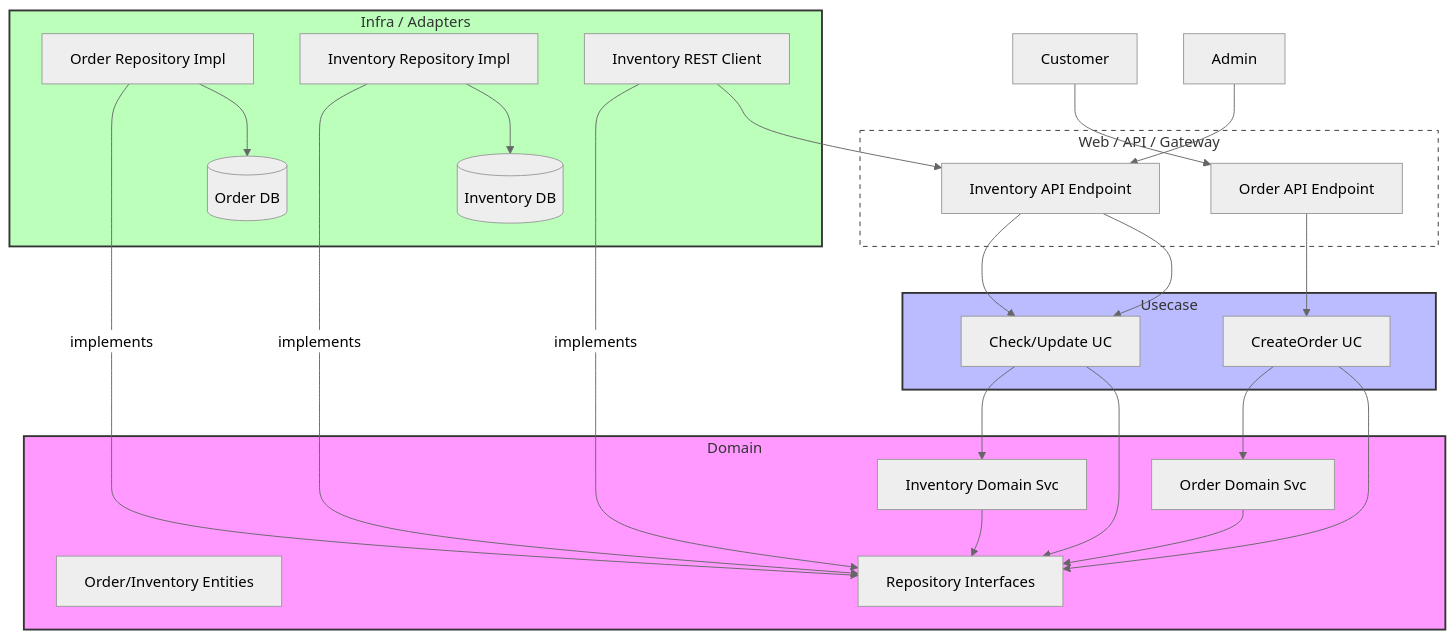
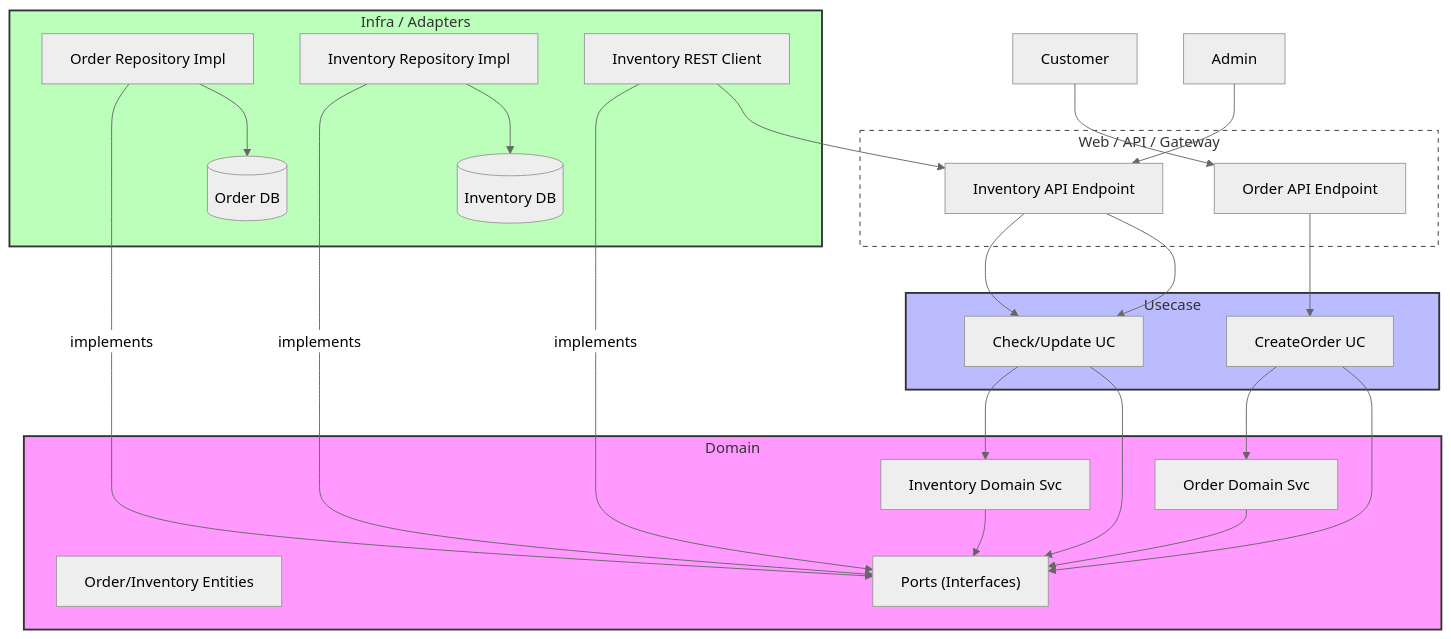
Before and after one commit to sandy2008/workshop: the diagram in software/advent-of-calm-2025/docs/README_ja.md, drawn with Mermaid (neutral theme). The commit also changed other lines of this file and 4 other files, not shown here.

````diff
--- a/software/advent-of-calm-2025/docs/README_ja.md
+++ b/software/advent-of-calm-2025/docs/README_ja.md
@@ -33,68 +33,68 @@
 ```mermaid
 graph TD
     %% 外部要素 (Frameworks & Drivers / External)
     Customer[Customer]
     Admin[Admin]
-    
+
     subgraph Gateway [Web / API / Gateway]
         OrderAPI[Order API Endpoint]
         InvAPI[Inventory API Endpoint]
     end
 
     subgraph UsecaseLayer [Usecase]
         OrderUC[CreateOrder UC]
         InvUC[Check/Update UC]
     end
 
     subgraph DomainLayer [Domain]
         Entities[Order/Inventory Entities]
-        RepoInt[Repository Interfaces]
+        Ports["Ports (Interfaces)"]
         OrderDS[Order Domain Svc]
         InvDS[Inventory Domain Svc]
     end
 
     subgraph InfraLayer [Infra / Adapters]
         OrderRepoImpl[Order Repository Impl]
         InvRepoImpl[Inventory Repository Impl]
         InvClientImpl[Inventory REST Client]
         OrderDB[(Order DB)]
         InvDB[(Inventory DB)]
     end
 
     %% 外部からのアクセス
     Customer --> OrderAPI
     Admin --> InvAPI
-    
+
     %% APIからユースケースへ
     OrderAPI --> OrderUC
     InvAPI --> InvUC
 
     %% ユースケースからドメインへの依存
     OrderUC --> OrderDS
-    OrderUC --> RepoInt
+    OrderUC --> Ports
     InvUC --> InvDS
-    InvUC --> RepoInt
+    InvUC --> Ports
 
     %% ドメインサービスからインターフェースへの依存
-    OrderDS --> RepoInt
-    InvDS --> RepoInt
+    OrderDS --> Ports
+    InvDS --> Ports
 
     %% 依存性逆転 (DIP)
-    OrderRepoImpl -- "implements" --> RepoInt
-    InvRepoImpl -- "implements" --> RepoInt
-    InvClientImpl -- "implements" --> RepoInt
+    OrderRepoImpl -- "implements" --> Ports
+    InvRepoImpl -- "implements" --> Ports
+    InvClientImpl -- "implements" --> Ports
 
     %% 実装から外部リソースへのアクセス
     OrderRepoImpl --> OrderDB
     InvRepoImpl --> InvDB
 
     %% サービス間連携とAdminフローの統一
     %% OrderサービスもAdminも同じInventory APIを利用する
     InvClientImpl --> InvAPI
     InvAPI --> InvUC
 
     style DomainLayer fill:#f9f,stroke:#333,stroke-width:2px
     style UsecaseLayer fill:#bbf,stroke:#333,stroke-width:2px
     style InfraLayer fill:#bfb,stroke:#333,stroke-width:2px
     style Gateway fill:#fff,stroke:#333,stroke-dasharray: 5 5
 ```
````
